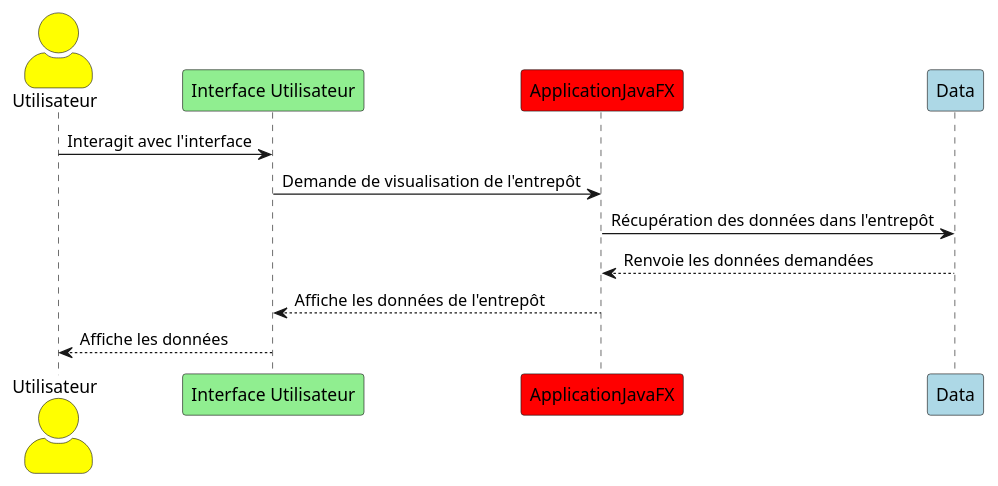
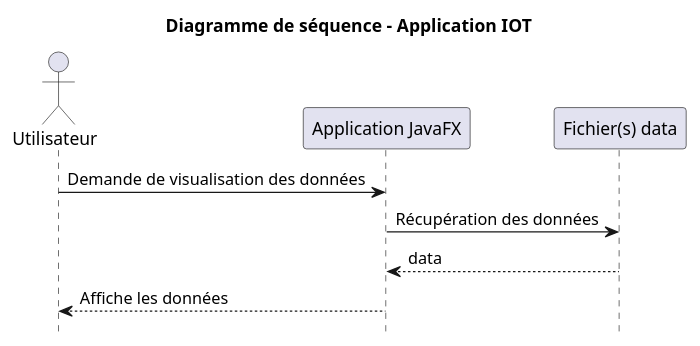
The diagram in docs/Diagramme de séquences systèmes - Application IOT.wsd (IUT-Blagnac/SAE-3-01-DevApp-G11-DisguiseHub), drawn with PlantUML before and after one commit. The commit also changed 17 other files, not shown here.

Commit message:
Header/footer site web + Cleaning Ajout du header/footer du site web Modification des diagrammes de séquences systèmes Suppression de l'ancienne application Python IOT (archivée sur le drive)

```diff
--- a/docs/Diagramme de séquences systèmes - Application IOT.wsd
+++ b/docs/Diagramme de séquences systèmes - Application IOT.wsd
@@ -1,14 +1,14 @@
-@startuml
-skinparam actorStyle awesome
-actor Utilisateur #yellow
-participant "Interface Utilisateur" as Interface #lightgreen
-participant ApplicationJavaFX as App #red
-participant Data as BD #lightblue
+@startuml Diagramme de séquence - Application IOT
+title Diagramme de séquence - Application IOT
+hide footbox
 
-Utilisateur -> Interface: Interagit avec l'interface
-Interface -> App: Demande de visualisation de l'entrepôt
-App -> BD: Récupération des données dans l'entrepôt
-BD --> App: Renvoie les données demandées
-App --> Interface: Affiche les données de l'entrepôt
-Interface --> Utilisateur: Affiche les données
+actor "Utilisateur" as u
+participant "Application JavaFX" as a
+participant "Fichier(s) data" as d
+
+u -> a: Demande de visualisation des données
+a -> d: Récupération des données
+d --> a: data
+a --> u: Affiche les données
+
 @enduml
```
